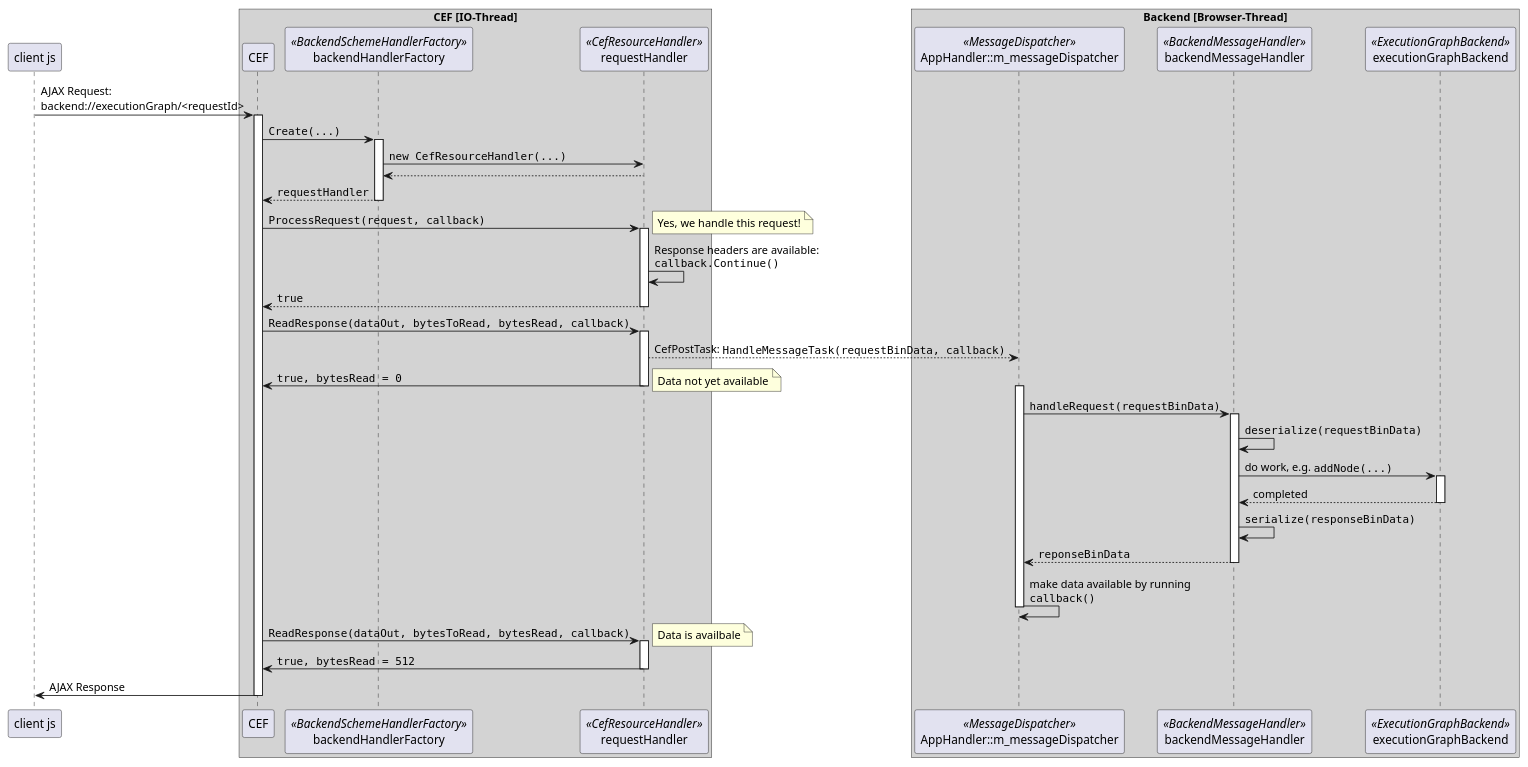
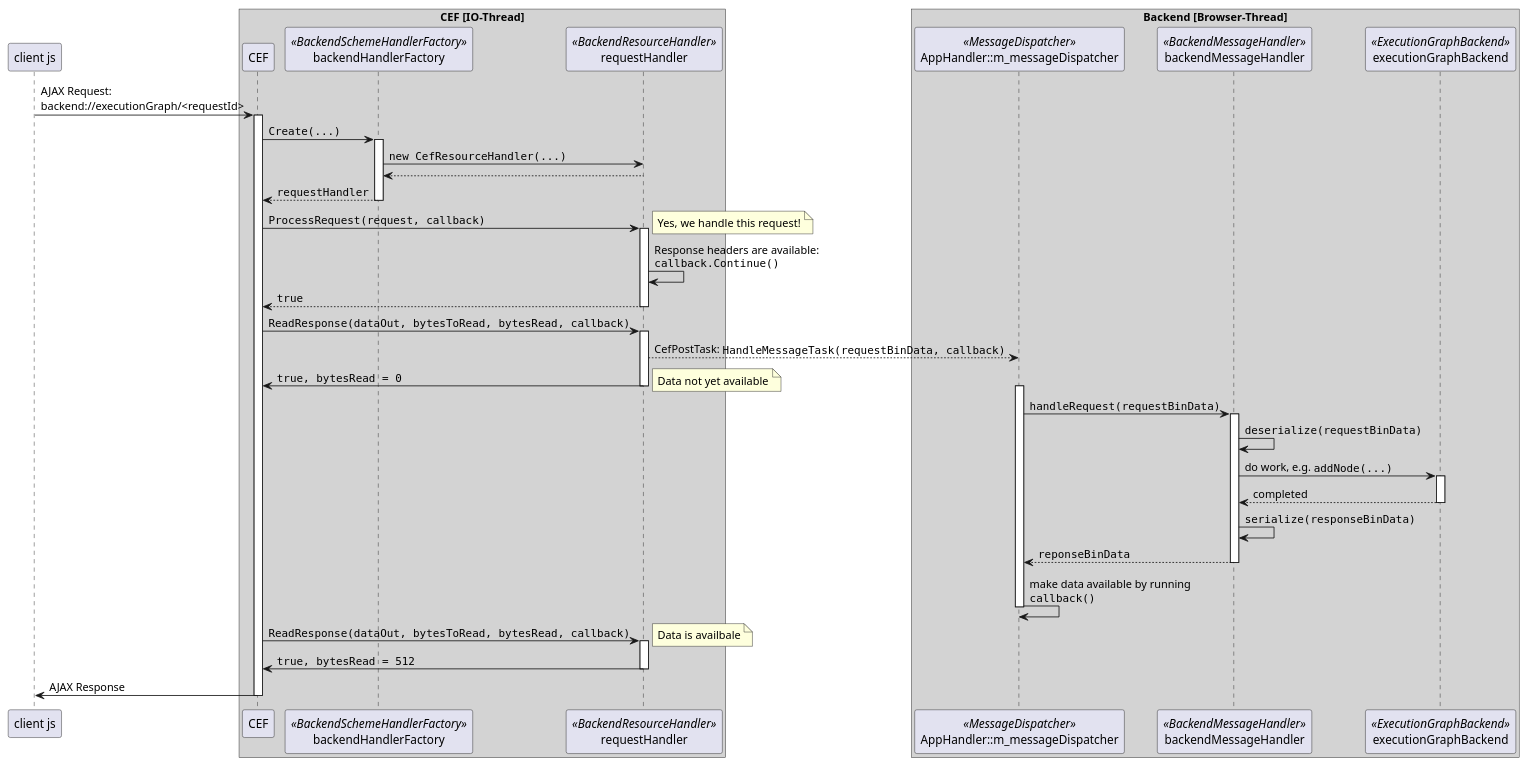
The diagram in gui/specs/ajax-backend-comm.plantuml (gabyx/ExecutionGraph), drawn with PlantUML before and after one commit. The commit also changed 26 other files, not shown here.

Commit message:
- BackendResourceHandler added which handles the XHR Request. - ResourceHandlerPool added, which is used in BackendSchemeHandlerFactory to quickly provide an unused ResourceHandler

```diff
--- a/gui/specs/ajax-backend-comm.plantuml
+++ b/gui/specs/ajax-backend-comm.plantuml
@@ -1,64 +1,64 @@
 @startuml
 participant client as "client js"
 
 box "CEF [IO-Thread]" #LightGrey
 participant CEF
 
 participant backendHandlerFactory << BackendSchemeHandlerFactory >>
-participant requestHandler << CefResourceHandler >>
+participant requestHandler << BackendResourceHandler >>
 end box
 
 box "Backend [Browser-Thread]" #LightGrey
 	participant messageDispatcher as "AppHandler::m_messageDispatcher" <<MessageDispatcher>>
 	participant backendMessageHandler <<BackendMessageHandler>>
     participant executionGraphBackend <<ExecutionGraphBackend>>
 end box
 
 client -> CEF : AJAX Request:\nbackend://executionGraph/<requestId>
 activate CEF
 
     CEF -> backendHandlerFactory : ""Create(...)""
     activate backendHandlerFactory
         backendHandlerFactory -> requestHandler : ""new CefResourceHandler(...)""
         backendHandlerFactory <-- requestHandler
 
         CEF <-- backendHandlerFactory : ""requestHandler""
     deactivate backendHandlerFactory
 
     CEF -> requestHandler : ""ProcessRequest(request, callback)""
     activate requestHandler
         note right: Yes, we handle this request!
         requestHandler -> requestHandler : Response headers are available:\n""callback.Continue()"" 
         CEF <-- requestHandler : ""true""
     deactivate requestHandler
 
     CEF -> requestHandler : ""ReadResponse(dataOut, bytesToRead, bytesRead, callback)""
     activate requestHandler
         requestHandler --> messageDispatcher : CefPostTask: ""HandleMessageTask(requestBinData, callback)"" 
         CEF <- requestHandler : ""true, bytesRead = 0""
         note right: Data not yet available
     deactivate requestHandler
 
     activate messageDispatcher
     messageDispatcher -> backendMessageHandler : ""handleRequest(requestBinData)""
         activate backendMessageHandler
             backendMessageHandler -> backendMessageHandler : ""deserialize(requestBinData)""
             backendMessageHandler -> executionGraphBackend : do work, e.g. ""addNode(...)""
             activate executionGraphBackend
                 backendMessageHandler <-- executionGraphBackend : completed
             deactivate executionGraphBackend
             backendMessageHandler -> backendMessageHandler : ""serialize(responseBinData)""
             messageDispatcher <-- backendMessageHandler : ""reponseBinData""
         deactivate backendMessageHandler
     messageDispatcher -> messageDispatcher : make data available by running\n""callback()""
     deactivate messageDispatcher
 
     CEF -> requestHandler : ""ReadResponse(dataOut, bytesToRead, bytesRead, callback)""
     activate requestHandler
          note right: Data is availbale
         CEF <- requestHandler : ""true, bytesRead = 512""
     deactivate requestHandler
 
     CEF -> client : AJAX Response
 deactivate CEF
 @enduml
```
